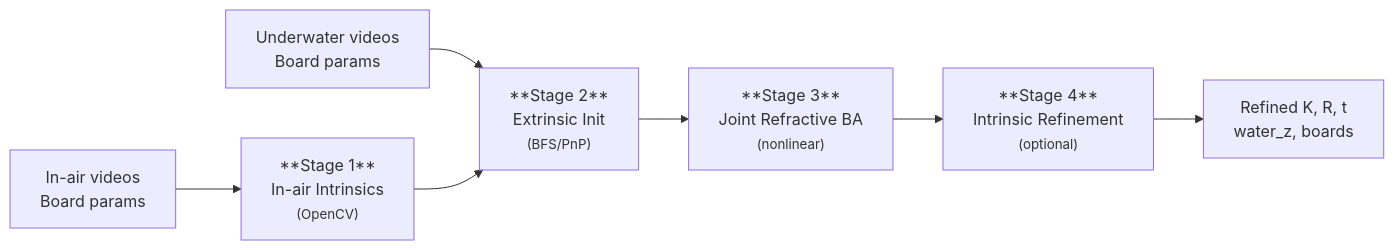
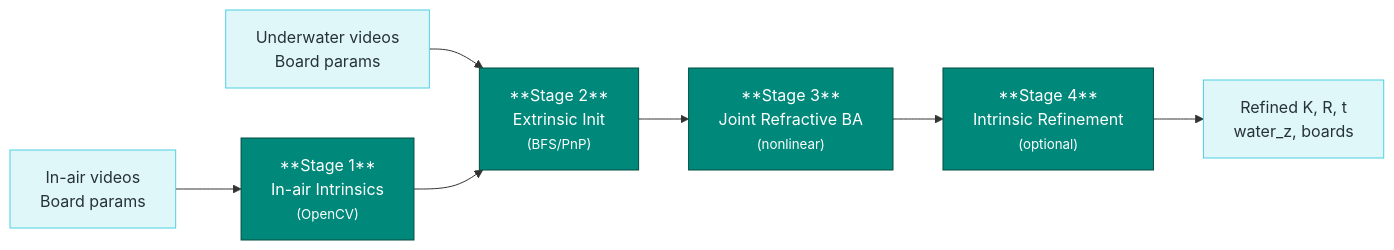
One commit to tlancaster6/AquaCal changed the diagram in docs/guide/optimizer.md. Above: the diagram before and after it, drawn with Mermaid.

Commit message:
feat(11-02): add color styling to Mermaid pipeline diagram
Stage nodes use deep teal (#00897B), data nodes use light aqua (#E0F7FA)
to distinguish operations from data flow.

````diff
--- a/docs/guide/optimizer.md
+++ b/docs/guide/optimizer.md
@@ -9,15 +9,20 @@
 ```{mermaid}
 flowchart LR
     I1["In-air videos<br/>Board params"] --> S1
     I2["Underwater videos<br/>Board params"] --> S2
 
     S1["**Stage 1**<br/>In-air Intrinsics<br/><small>(OpenCV)</small>"]
     S2["**Stage 2**<br/>Extrinsic Init<br/><small>(BFS/PnP)</small>"]
     S3["**Stage 3**<br/>Joint Refractive BA<br/><small>(nonlinear)</small>"]
     S4["**Stage 4**<br/>Intrinsic Refinement<br/><small>(optional)</small>"]
 
     S1 --> S2
     S2 --> S3
     S3 --> S4
     S4 --> O["Refined K, R, t<br/>water_z, boards"]
+
+    classDef stage fill:#00897B,stroke:#004D40,color:#fff
+    classDef data fill:#E0F7FA,stroke:#4DD0E1,color:#263238
+    class S1,S2,S3,S4 stage
+    class I1,I2,O data
 ```
````
